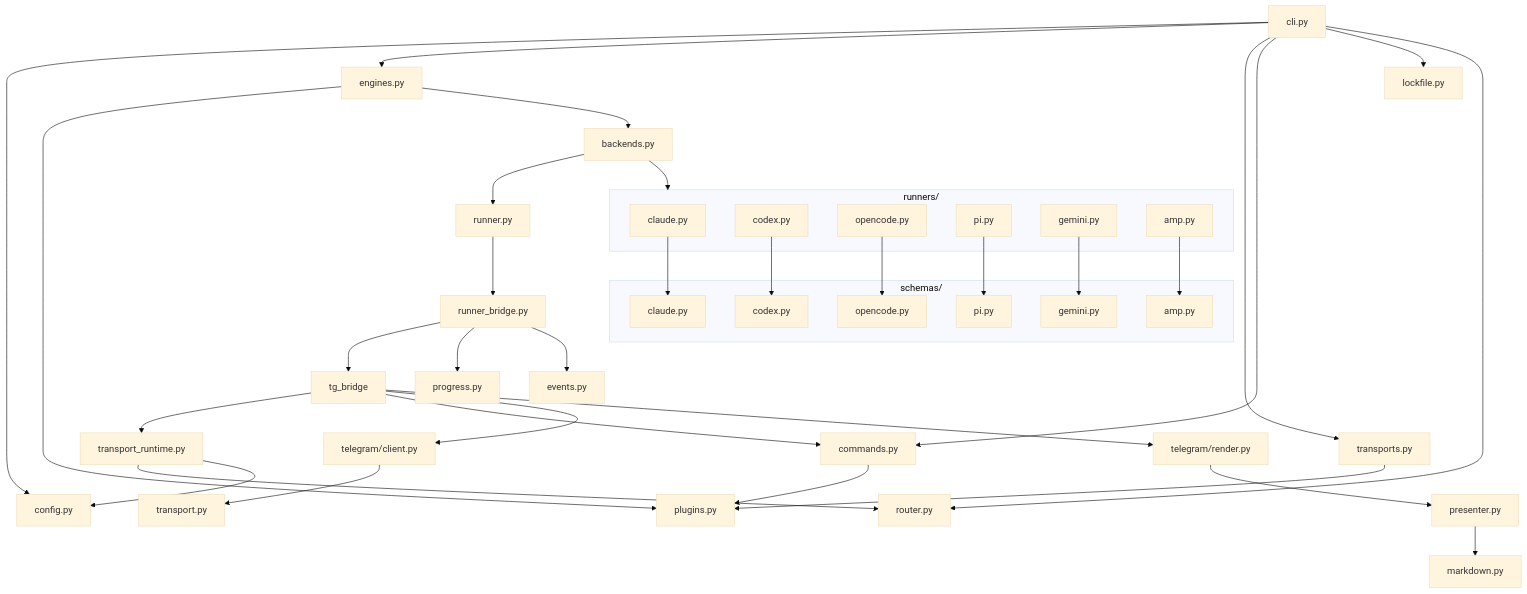
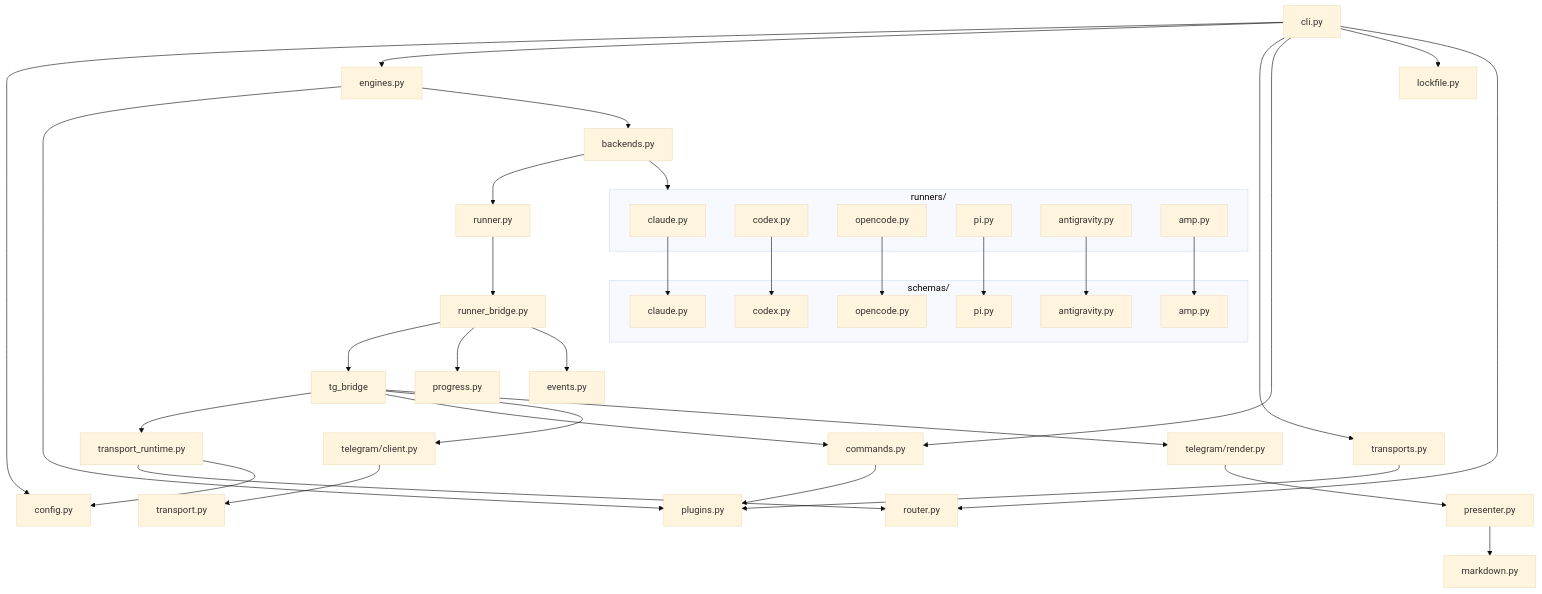
Before and after one commit to littlebearapps/untether: the sixth of 8 diagrams in docs/explanation/architecture.md, drawn with Mermaid (base theme). The commit also changed other lines of this file and 76 other files, not shown here.

````diff
--- a/docs/explanation/architecture.md
+++ b/docs/explanation/architecture.md
@@ -282,62 +282,62 @@
 ```mermaid
 flowchart TD
     cli[cli.py] --> config[config.py]
     cli --> engines[engines.py]
     cli --> transports[transports.py]
     cli --> commands[commands.py]
     cli --> lockfile[lockfile.py]
 
     engines --> plugins[plugins.py]
     transports --> plugins
     commands --> plugins
 
     engines --> backends[backends.py]
 
     backends --> runners[runners/]
     backends --> runner[runner.py]
 
     subgraph runners[runners/]
         claude[claude.py]
         codex[codex.py]
         opencode[opencode.py]
         pi[pi.py]
-        gemini[gemini.py]
+        antigravity[antigravity.py]
         amp[amp.py]
     end
 
     subgraph schemas[schemas/]
         claude_s[claude.py]
         codex_s[codex.py]
         opencode_s[opencode.py]
         pi_s[pi.py]
-        gemini_s[gemini.py]
+        antigravity_s[antigravity.py]
         amp_s[amp.py]
     end
 
     claude --> claude_s
     codex --> codex_s
     opencode --> opencode_s
     pi --> pi_s
-    gemini --> gemini_s
+    antigravity --> antigravity_s
     amp --> amp_s
 
     cli --> router[router.py]
     tg_bridge --> runtime[transport_runtime.py]
     runtime --> router
     runtime --> config
     tg_bridge --> commands
 
     runner --> runner_bridge[runner_bridge.py]
     runner_bridge --> tg_bridge
 
     tg_bridge --> client[telegram/client.py]
     tg_bridge --> render[telegram/render.py]
 
     client --> transport[transport.py]
 
     runner_bridge --> progress[progress.py]
     runner_bridge --> events[events.py]
 
     render --> presenter[presenter.py]
     presenter --> markdown[markdown.py]
 ```
````
